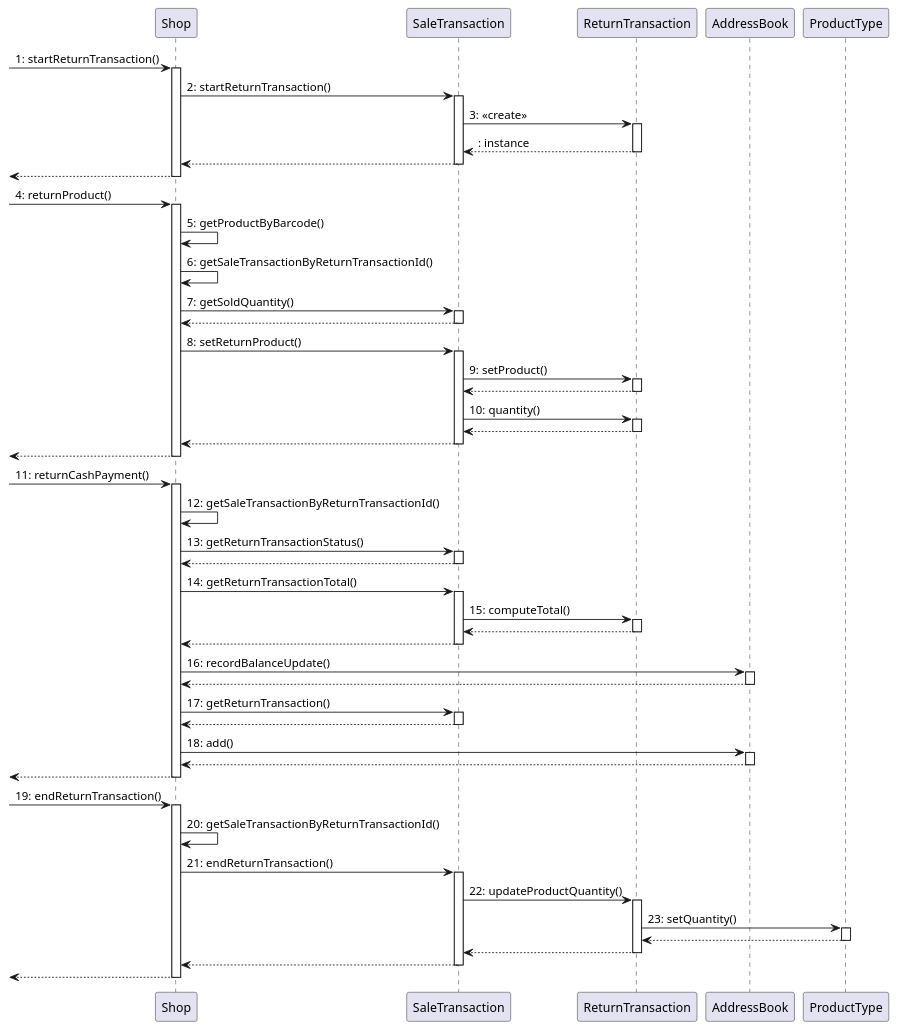
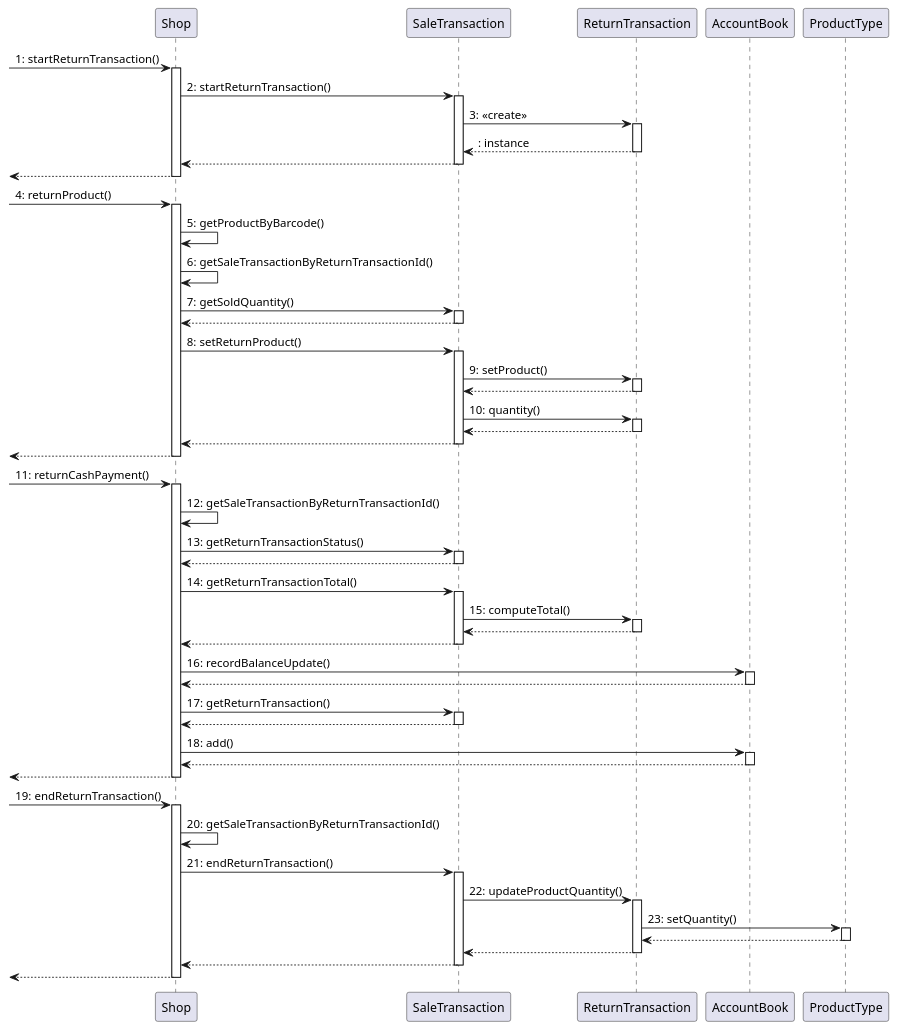
Before and after one commit to MatteoBattilana/EzShop: diagram 13 of 14 in Deliverables/DesignDocument.md, drawn with PlantUML. The commit also changed other lines of this file, not shown here.

Commit message:
docs: fixed typo

````diff
--- a/Deliverables/DesignDocument.md
+++ b/Deliverables/DesignDocument.md
@@ -581,81 +580,81 @@
 ```plantuml
 @startuml
 ->Shop: 1: startReturnTransaction()
 activate Shop
   Shop -> SaleTransaction: 2: startReturnTransaction()
   activate SaleTransaction
     SaleTransaction -> ReturnTransaction: 3: <<create>>
     activate ReturnTransaction
     return : instance
   return
 return
 
 ->Shop: 4: returnProduct()
   activate Shop
     Shop -> Shop: 5: getProductByBarcode()
     Shop -> Shop: 6: getSaleTransactionByReturnTransactionId()
     Shop -> SaleTransaction: 7: getSoldQuantity()
     activate SaleTransaction
     return
 
 
     Shop -> SaleTransaction: 8: setReturnProduct()
     activate SaleTransaction
           SaleTransaction -> ReturnTransaction: 9: setProduct()
           activate ReturnTransaction
           return
           SaleTransaction -> ReturnTransaction: 10: quantity()
           activate ReturnTransaction
           return
     return
 return
 
 
 
 
 
 -> Shop: 11: returnCashPayment()
 activate Shop
     Shop -> Shop: 12: getSaleTransactionByReturnTransactionId()
 
     Shop -> SaleTransaction: 13: getReturnTransactionStatus()
     activate SaleTransaction
     return
 
   Shop -> SaleTransaction: 14: getReturnTransactionTotal()
     activate SaleTransaction
      SaleTransaction -> ReturnTransaction: 15: computeTotal()
       activate ReturnTransaction
       return
     return
 
-   Shop -> AddressBook: 16: recordBalanceUpdate()
-   activate AddressBook
+   Shop -> AccountBook: 16: recordBalanceUpdate()
+   activate AccountBook
    return
    Shop -> SaleTransaction: 17: getReturnTransaction()
    activate SaleTransaction
    return
-   Shop -> AddressBook: 18: add()
-   activate AddressBook
+   Shop -> AccountBook: 18: add()
+   activate AccountBook
    return
 return
 -> Shop: 19: endReturnTransaction()
 activate Shop
     Shop -> Shop: 20: getSaleTransactionByReturnTransactionId()
           Shop -> SaleTransaction: 21: endReturnTransaction()
           activate SaleTransaction
 
                    SaleTransaction -> ReturnTransaction: 22: updateProductQuantity()
                    activate ReturnTransaction
                    ReturnTransaction -> ProductType: 23: setQuantity()
                    activate ProductType
                    return
 
 
                  return
 
           return
 return
 
 @enduml
 ```
````
